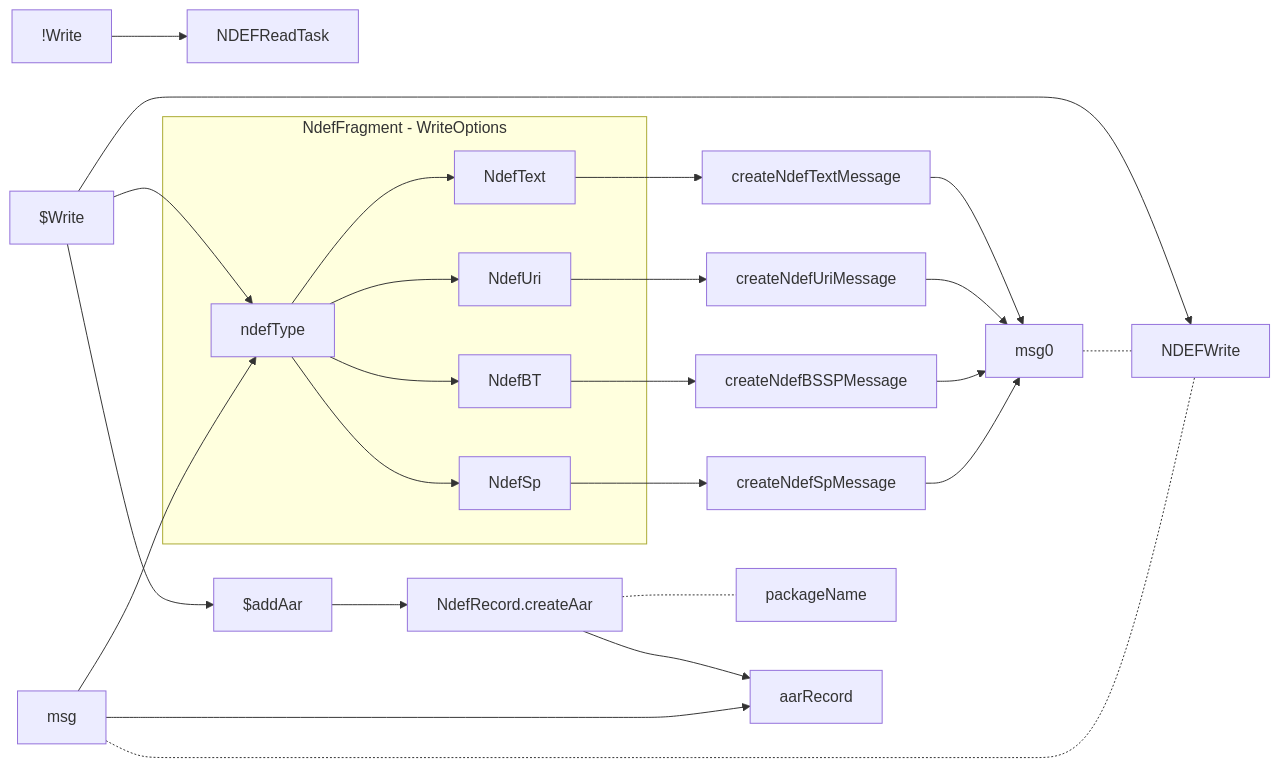
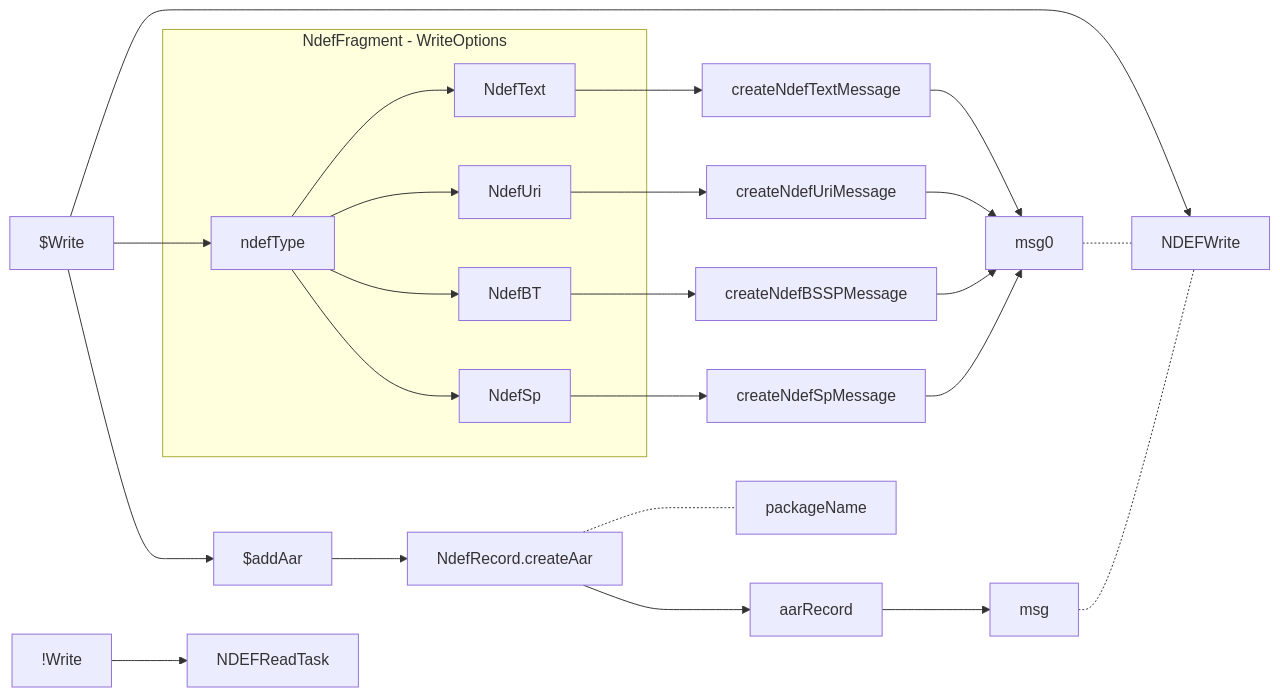
The diagram in nxp/Demo.md (gordianknotC/nxp_note), drawn with Mermaid before and after one commit. The commit also changed other lines of this file, not shown here.

Commit message:
nxp/Demo.md updated from https://stackedit.io/

````diff
--- a/nxp/Demo.md
+++ b/nxp/Demo.md
@@ -7,44 +7,44 @@
 ``` mermaid
 graph LR
  
 $Write
 !Write
 $addAar
 
 subgraph NdefFragment - WriteOptions
 	NdefText
 	NdefUri
 	NdefBT
 	NdefSp
 	ndefType
 end
 
-msg --> ndefType
+
 $Write --> NDEFWrite
 $Write --> ndefType
 $Write --> $addAar
 !Write --> NDEFReadTask
 
 ndefType --> NdefText
 ndefType --> NdefUri
 ndefType --> NdefBT
 ndefType --> NdefSp
 
 NdefText --> createNdefTextMessage
 NdefUri --> createNdefUriMessage
 NdefBT --> createNdefBSSPMessage
 NdefSp --> createNdefSpMessage
 createNdefTextMessage --> msg0
 createNdefUriMessage --> msg0
 createNdefBSSPMessage --> msg0
 createNdefSpMessage --> msg0
 
 $addAar --> NdefRecord.createAar
 NdefRecord.createAar -.- packageName
 NdefRecord.createAar --> aarRecord
 
-msg --> aarRecord
+aarRecord --> msg
 msg -.- NDEFWrite
 msg0 -.- NDEFWrite
 
 ```
````
